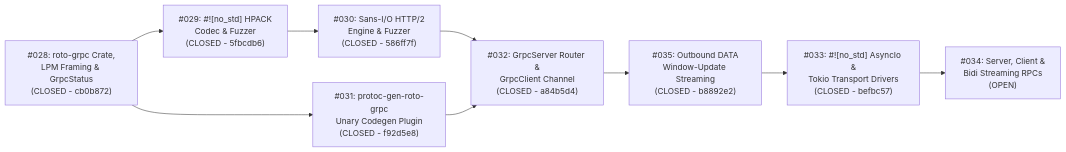
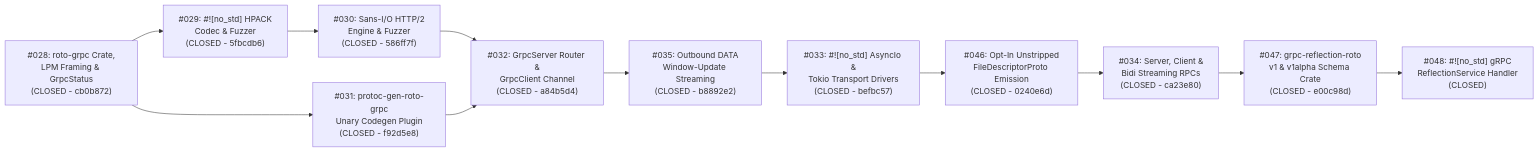
One commit to chathaway-codes/roto changed the third of 3 diagrams in docs/grpc.md. Above: the diagram before and after it, drawn with Mermaid. The commit also changed other lines of this file and 13 other files, not shown here.

Commit message:
feat(grpc-reflection-roto): implement #![no_std] zero-allocation ReflectionService handler (#048)

````diff
--- a/docs/grpc.md
+++ b/docs/grpc.md
@@ -469,15 +529,18 @@
 ```mermaid
 flowchart LR
     I028["#028: roto-grpc Crate,<br/>LPM Framing &amp; GrpcStatus<br/>(CLOSED - cb0b872)"]
     I029["#029: #![no_std] HPACK<br/>Codec &amp; Fuzzer<br/>(CLOSED - 5fbcdb6)"]
     I030["#030: Sans-I/O HTTP/2<br/>Engine &amp; Fuzzer<br/>(CLOSED - 586ff7f)"]
     I031["#031: protoc-gen-roto-grpc<br/>Unary Codegen Plugin<br/>(CLOSED - f92d5e8)"]
     I032["#032: GrpcServer Router &amp;<br/>GrpcClient Channel<br/>(CLOSED - a84b5d4)"]
     I035["#035: Outbound DATA<br/>Window-Update Streaming<br/>(CLOSED - b8892e2)"]
     I033["#033: #![no_std] AsyncIo &amp;<br/>Tokio Transport Drivers<br/>(CLOSED - befbc57)"]
-    I034["#034: Server, Client &amp;<br/>Bidi Streaming RPCs<br/>(OPEN)"]
+    I046["#046: Opt-In Unstripped<br/>FileDescriptorProto Emission<br/>(CLOSED - 0240e6d)"]
+    I034["#034: Server, Client &amp;<br/>Bidi Streaming RPCs<br/>(CLOSED - ca23e80)"]
+    I047["#047: grpc-reflection-roto<br/>v1 &amp; v1alpha Schema Crate<br/>(CLOSED - e00c98d)"]
+    I048["#048: #![no_std] gRPC<br/>ReflectionService Handler<br/>(CLOSED)"]
 
     I028 --> I029 --> I030
     I028 --> I031
-    I030 & I031 --> I032 --> I035 --> I033 --> I034
+    I030 & I031 --> I032 --> I035 --> I033 --> I046 --> I034 --> I047 --> I048
 ```
````
